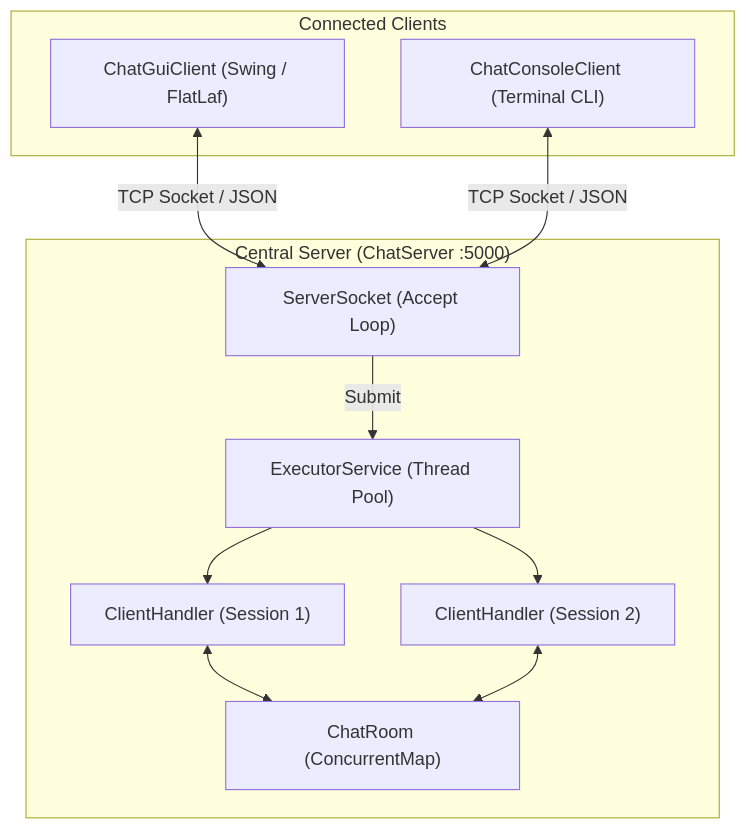
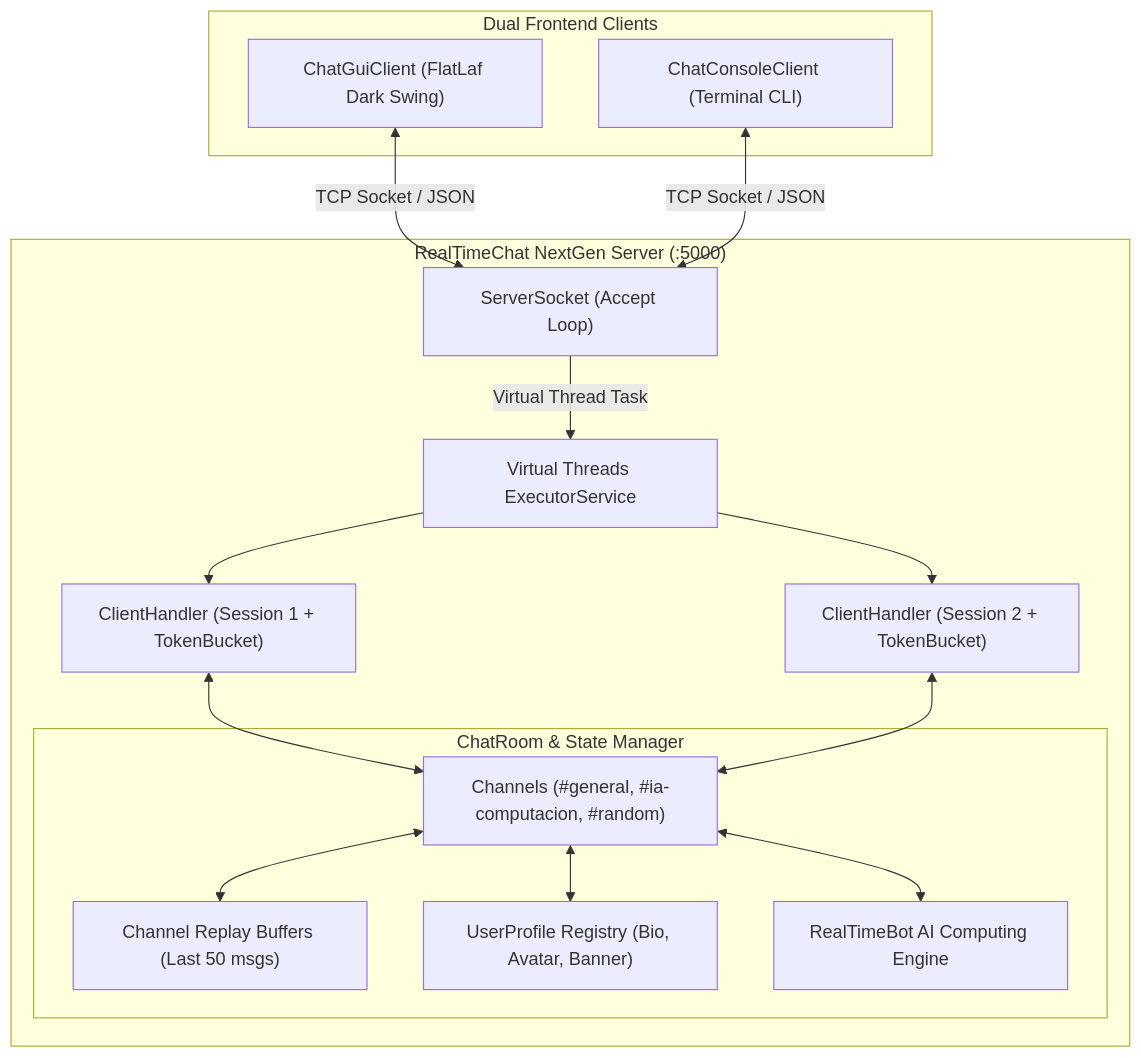
Before and after one commit to danicaju/RealTimeChat: the diagram in README.md, drawn with Mermaid. The commit also changed other lines of this file and 22 other files, not shown here.

Commit message:
feat: upgrade to NextGen architecture with virtual threads, user profiles, channels, rate limiting and AI assistant

````diff
--- a/README.md
+++ b/README.md
@@ -28,23 +69,32 @@
 ```mermaid
 flowchart TD
-    subgraph Clients ["Connected Clients"]
-        GUI["ChatGuiClient (Swing / FlatLaf)"]
+    subgraph Clients ["Dual Frontend Clients"]
+        GUI["ChatGuiClient (FlatLaf Dark Swing)"]
         CLI["ChatConsoleClient (Terminal CLI)"]
     end
 
-    subgraph Server ["Central Server (ChatServer :5000)"]
-        Listener["ServerSocket (Accept Loop)"]
-        Pool["ExecutorService (Thread Pool)"]
-        Handler1["ClientHandler (Session 1)"]
-        Handler2["ClientHandler (Session 2)"]
-        Room["ChatRoom (ConcurrentMap)"]
+    subgraph Server ["RealTimeChat NextGen Server (:5000)"]
+        SocketListener["ServerSocket (Accept Loop)"]
+        LoomPool["Virtual Threads ExecutorService"]
+        Handler1["ClientHandler (Session 1 + TokenBucket)"]
+        Handler2["ClientHandler (Session 2 + TokenBucket)"]
+
+        subgraph Core ["ChatRoom & State Manager"]
+            Channels["Channels (#general, #ia-computacion, #random)"]
+            Replay["Channel Replay Buffers (Last 50 msgs)"]
+            Profiles["UserProfile Registry (Bio, Avatar, Banner)"]
+            Bot["RealTimeBot AI Computing Engine"]
+        end
     end
 
-    GUI <-->|TCP Socket / JSON| Listener
-    CLI <-->|TCP Socket / JSON| Listener
-    Listener -->|Submit| Pool
-    Pool --> Handler1
-    Pool --> Handler2
-    Handler1 <--> Room
-    Handler2 <--> Room
+    GUI <-->|TCP Socket / JSON| SocketListener
+    CLI <-->|TCP Socket / JSON| SocketListener
+    SocketListener -->|Virtual Thread Task| LoomPool
+    LoomPool --> Handler1
+    LoomPool --> Handler2
+    Handler1 <--> Channels
+    Handler2 <--> Channels
+    Channels <--> Replay
+    Channels <--> Profiles
+    Channels <--> Bot
 ```
````
